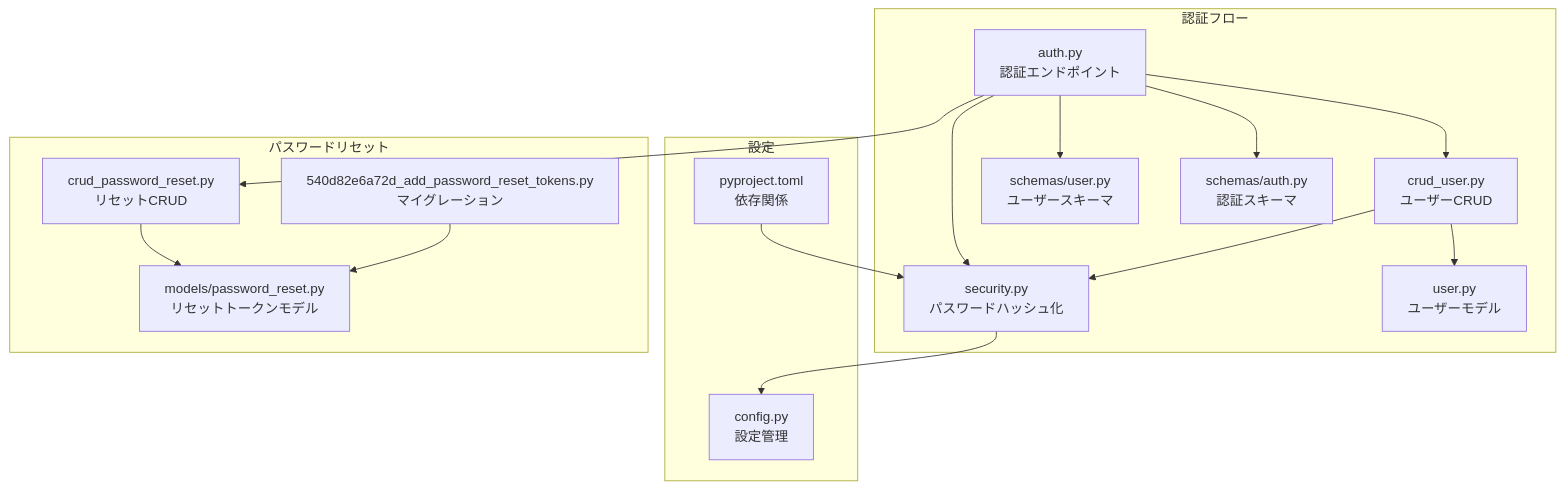
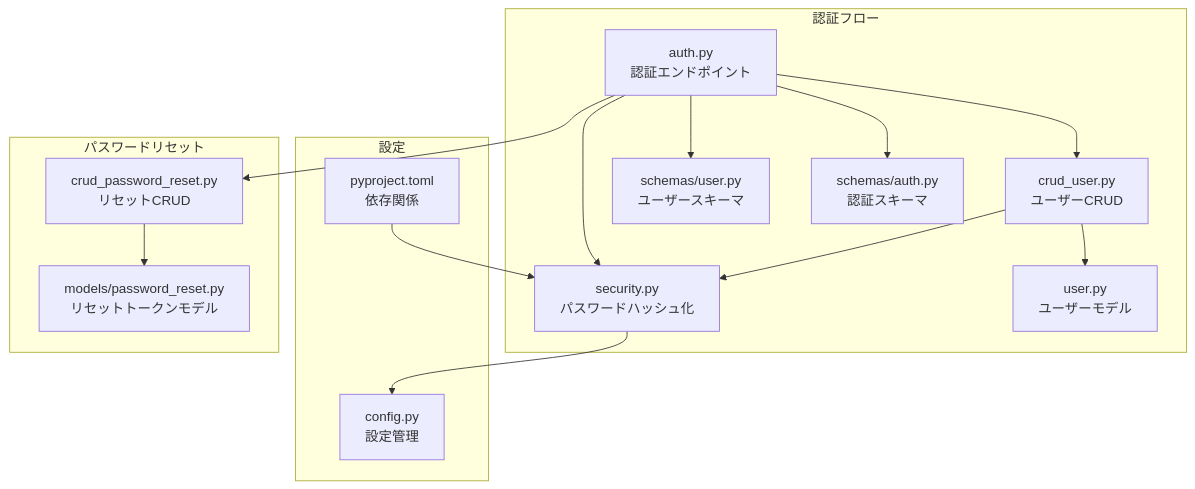
Before and after one commit to ss8806/Todos: the first of 6 diagrams in .qoder/repowiki/ja/content/セキュリティ対策/認証セキュリティ/パスワードハッシュ化.md, drawn with Mermaid. The commit also changed other lines of this file and 38 other files, not shown here.

````diff
--- a/.qoder/repowiki/ja/content/セキュリティ対策/認証セキュリティ/パスワードハッシュ化.md
+++ b/.qoder/repowiki/ja/content/セキュリティ対策/認証セキュリティ/パスワードハッシュ化.md
@@ -37,31 +42,29 @@
 ```mermaid
 graph TB
 subgraph "認証フロー"
 AuthAPI["auth.py<br/>認証エンドポイント"]
 Security["security.py<br/>パスワードハッシュ化"]
 CRUDUser["crud_user.py<br/>ユーザーCRUD"]
 UserModel["user.py<br/>ユーザーモデル"]
 SchemaUser["schemas/user.py<br/>ユーザースキーマ"]
 SchemaAuth["schemas/auth.py<br/>認証スキーマ"]
 end
 subgraph "設定"
 Config["config.py<br/>設定管理"]
 PyProject["pyproject.toml<br/>依存関係"]
 end
 subgraph "パスワードリセット"
 ResetModel["models/password_reset.py<br/>リセットトークンモデル"]
 ResetCRUD["crud_password_reset.py<br/>リセットCRUD"]
-ResetMig["540d82e6a72d_add_password_reset_tokens.py<br/>マイグレーション"]
 end
 AuthAPI --> Security
 AuthAPI --> CRUDUser
 CRUDUser --> Security
 CRUDUser --> UserModel
 AuthAPI --> SchemaUser
 AuthAPI --> SchemaAuth
 Security --> Config
 PyProject --> Security
 AuthAPI --> ResetCRUD
 ResetCRUD --> ResetModel
-ResetMig --> ResetModel
 ```
````
